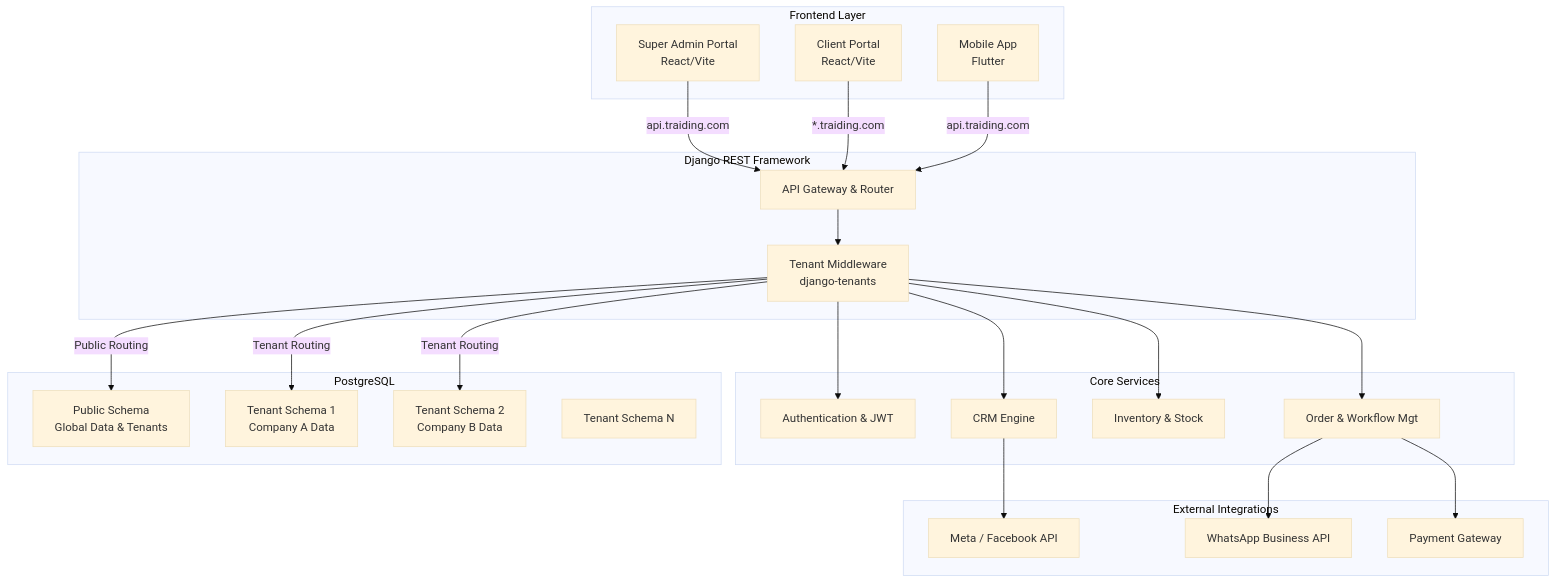
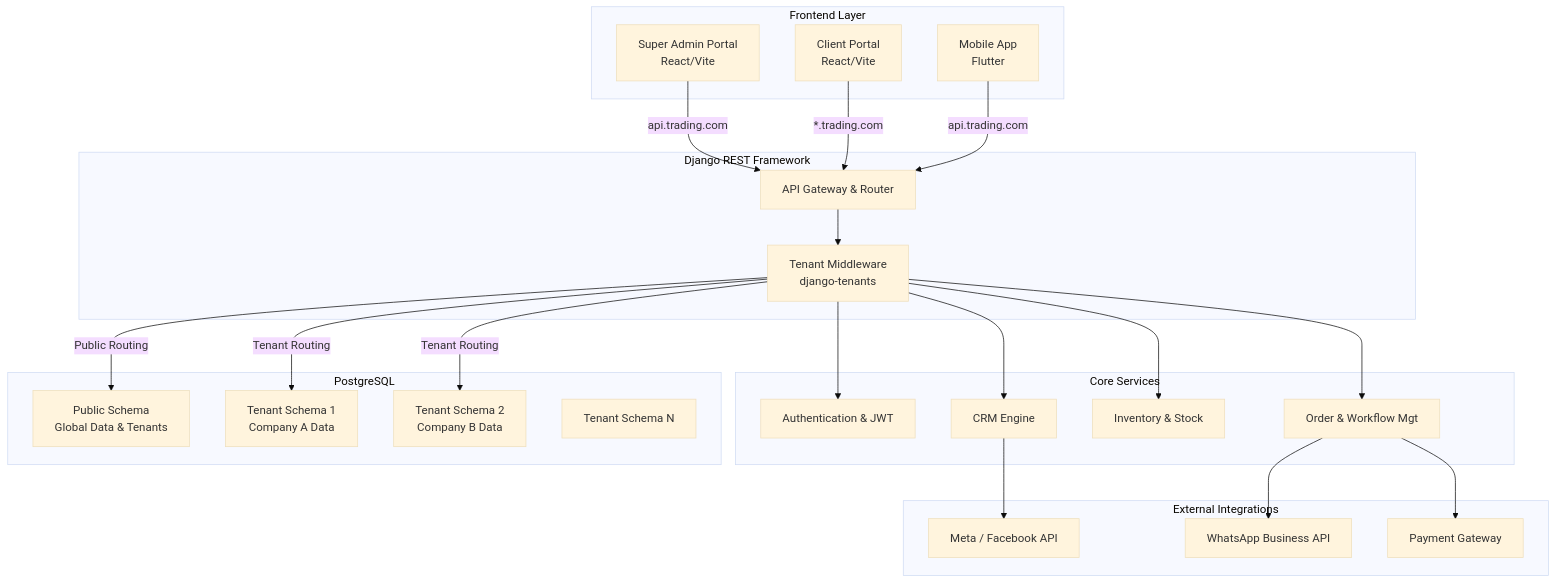
One commit to DIPESHEP11/trading changed the diagram in docs/architecture/01_System_Architecture.md. Above: the diagram before and after it, drawn with Mermaid (base theme). The commit also changed other lines of this file and 65 other files, not shown here.

````diff
--- a/docs/architecture/01_System_Architecture.md
+++ b/docs/architecture/01_System_Architecture.md
@@ -7,53 +7,53 @@
 ```mermaid
 graph TD
     subgraph Frontend Layer
         SA[Super Admin Portal<br/>React/Vite]
         CA[Client Portal<br/>React/Vite]
         MA[Mobile App<br/>Flutter]
     end
 
     subgraph API Layer [Django REST Framework]
         API_GW[API Gateway & Router]
         TM[Tenant Middleware<br/>django-tenants]
         
         API_GW --> TM
     end
 
     subgraph Core Services
         AUTH[Authentication & JWT]
         CRM[CRM Engine]
         INV[Inventory & Stock]
         ORD[Order & Workflow Mgt]
     end
 
     subgraph Database Layer [PostgreSQL]
         PS[Public Schema<br/>Global Data & Tenants]
         TS1[Tenant Schema 1<br/>Company A Data]
         TS2[Tenant Schema 2<br/>Company B Data]
         TSN[Tenant Schema N]
     end
 
     subgraph External Integrations
         META[Meta / Facebook API]
         WA[WhatsApp Business API]
         PAY[Payment Gateway]
     end
 
     %% Connections
-    SA -->|api.traiding.com| API_GW
-    CA -->|*.traiding.com| API_GW
-    MA -->|api.traiding.com| API_GW
+    SA -->|api.trading.com| API_GW
+    CA -->|*.trading.com| API_GW
+    MA -->|api.trading.com| API_GW
 
     TM --> AUTH
     TM --> CRM
     TM --> INV
     TM --> ORD
 
     TM -->|Public Routing| PS
     TM -->|Tenant Routing| TS1
     TM -->|Tenant Routing| TS2
 
     CRM --> META
     ORD --> WA
     ORD --> PAY
 ```
````
